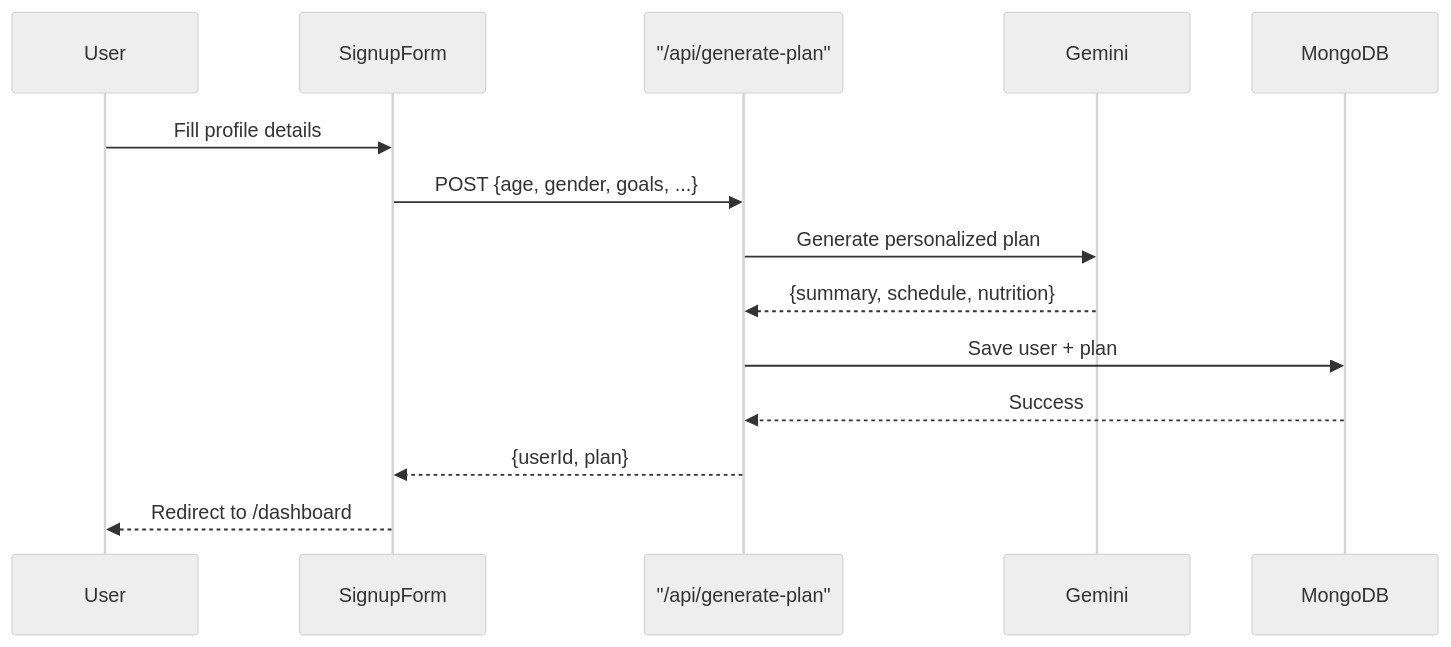
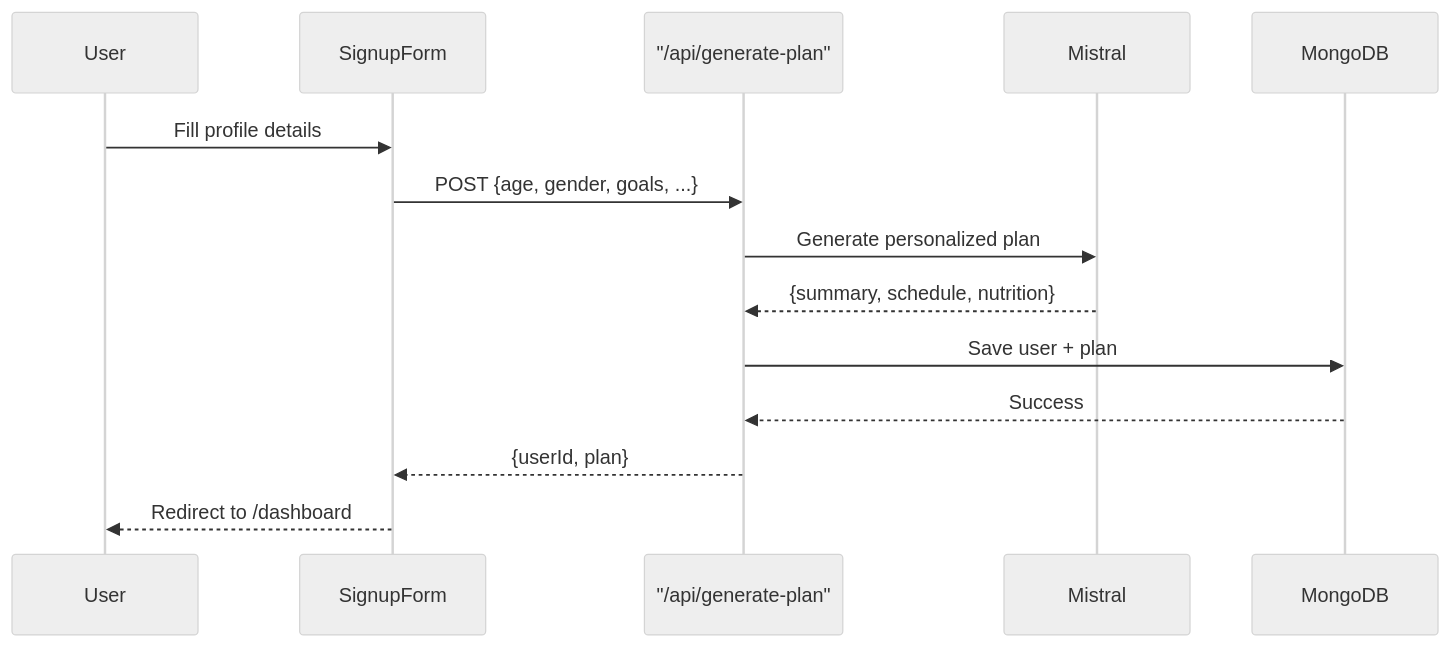
Before and after one commit to NEhIL06/zenfit: the fourth of 6 diagrams in README.md, drawn with Mermaid (neutral theme). The commit also changed other lines of this file and 3 other files, not shown here.

Commit message:
feat: add dashboard page, integrate ChromaDB with custom embeddings, update AI models to Mistral and Gemini (audio), and switch web search to Wikipedia.

````diff
--- a/README.md
+++ b/README.md
@@ -778,17 +634,17 @@
 ```mermaid
 sequenceDiagram
     participant User
     participant SignupForm
     participant API as "/api/generate-plan"
-    participant Gemini
+    participant Mistral
     participant MongoDB
 
     User->>SignupForm: Fill profile details
     SignupForm->>API: POST {age, gender, goals, ...}
-    API->>Gemini: Generate personalized plan
-    Gemini-->>API: {summary, schedule, nutrition}
+    API->>Mistral: Generate personalized plan
+    Mistral-->>API: {summary, schedule, nutrition}
     API->>MongoDB: Save user + plan
     MongoDB-->>API: Success
     API-->>SignupForm: {userId, plan}
     SignupForm-->>User: Redirect to /dashboard
 ```
````
